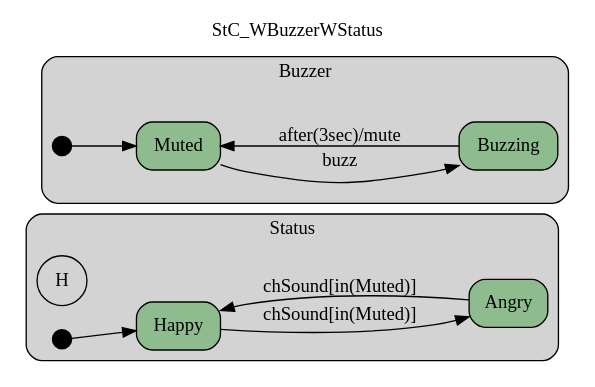
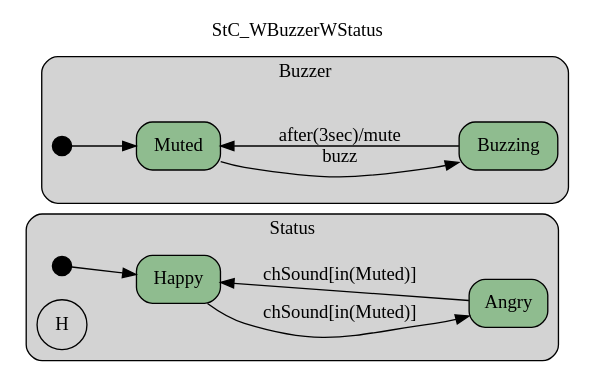
The diagram in Haskell/Statecharts/Examples/img/StC_WBuzzerWStatus.gv (namalio/Fragmenta), drawn with Graphviz before and after one commit. The commit also changed other lines of this file and 70 other files, not shown here.

```diff
--- a/Haskell/Statecharts/Examples/img/StC_WBuzzerWStatus.gv
+++ b/Haskell/Statecharts/Examples/img/StC_WBuzzerWStatus.gv
@@ -1,34 +1,34 @@
 digraph {
 compound=true;
 rankdir=LR;
 label="StC_WBuzzerWStatus";
 labelloc=t;
 subgraph cluster_Status {
 style="filled,rounded";
 label ="Status";
 fillcolor = lightgray;
+initStatus_St [shape = point,fillcolor=black,height=.2,width=.2,label=""];
+
+Angry [shape=box,fillcolor=darkseagreen,style="filled,rounded",label=Angry];
+Happy [shape=box,fillcolor=darkseagreen,style="filled,rounded",label=Happy];
 hStatus_St [shape = circle,fillcolor=black,label="H"];
 
-Happy [shape=box,fillcolor=darkseagreen,style="filled,rounded",label=Happy];
-Angry [shape=box,fillcolor=darkseagreen,style="filled,rounded",label=Angry];
-initStatus_St [shape = point,fillcolor=black,height=.2,width=.2,label=""];
 
-
+initStatus_St->Happy[label="",  ];
+Angry->Happy[label="chSound[in(Muted)]",  ];
 Happy->Angry[label="chSound[in(Muted)]",  ];
-Angry->Happy[label="chSound[in(Muted)]",  ];
-initStatus_St->Happy[label="",  ];
 }
 subgraph cluster_Buzzer {
 style="filled,rounded";
 label ="Buzzer";
 fillcolor = lightgray;
+Muted [shape=box,fillcolor=darkseagreen,style="filled,rounded",label=Muted];
+Buzzing [shape=box,fillcolor=darkseagreen,style="filled,rounded",label=Buzzing];
 init_St [shape = point,fillcolor=black,height=.2,width=.2,label=""];
 
-Buzzing [shape=box,fillcolor=darkseagreen,style="filled,rounded",label=Buzzing];
-Muted [shape=box,fillcolor=darkseagreen,style="filled,rounded",label=Muted];
 
+Muted->Buzzing[label="buzz",  ];
+Buzzing->Muted[label="after(3sec)/mute",  ];
 init_St->Muted[label="",  ];
-Buzzing->Muted[label="after(3sec)/mute",  ];
-Muted->Buzzing[label="buzz",  ];
 }
 }
```
